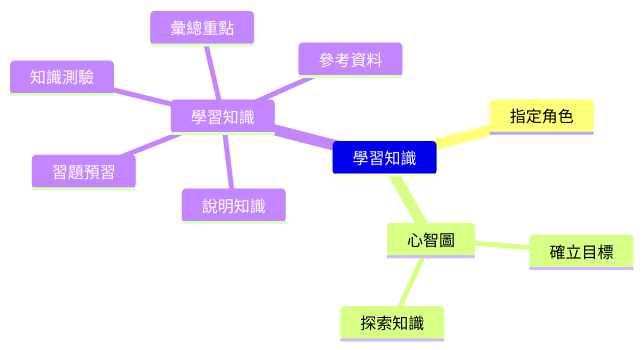
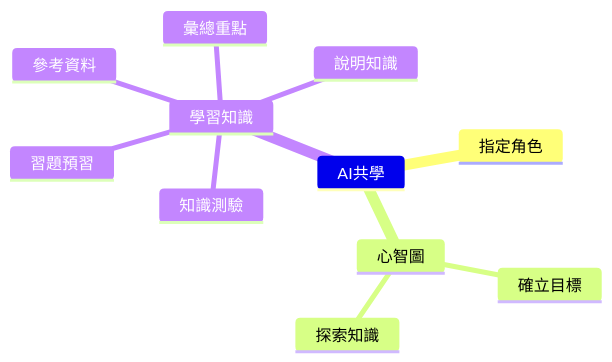
The diagram in contentOri/zh-tw/Learn with AI/Learn knowledge with AI.md (learninfun/learn-with-ai), drawn with Mermaid before and after one commit. The commit also changed other lines of this file, not shown here.

````diff
--- a/contentOri/zh-tw/Learn with AI/Learn knowledge with AI.md
+++ b/contentOri/zh-tw/Learn with AI/Learn knowledge with AI.md
@@ -13,14 +13,14 @@
 ```mermaid
 mindmap
-  學習知識
+  AI共學
     指定角色
     心智圖
       確立目標
       探索知識
     學習知識
       習題預習
       說明知識
       彙總重點
       知識測驗
       參考資料
 ```
````
